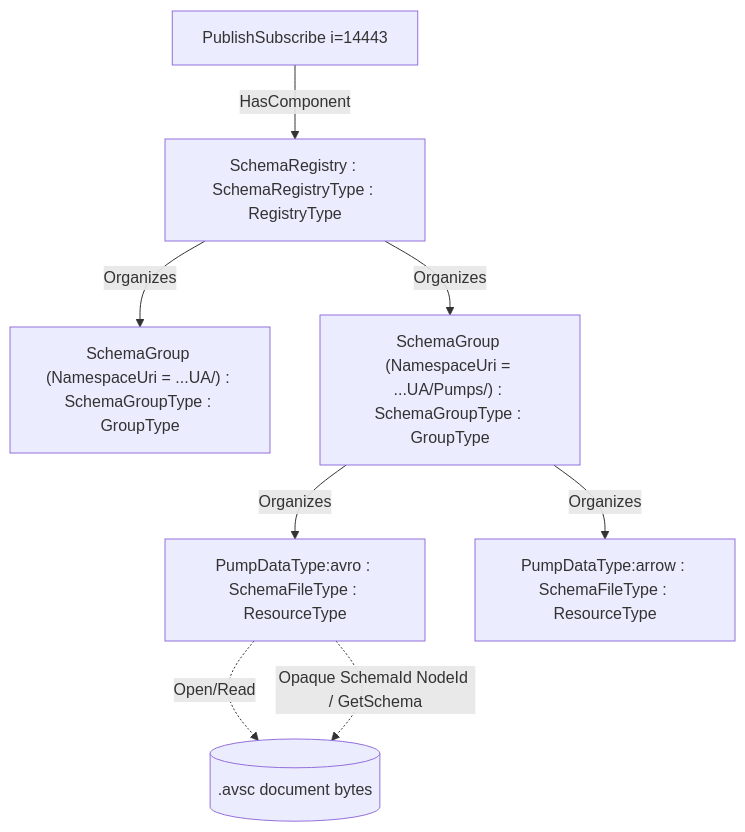
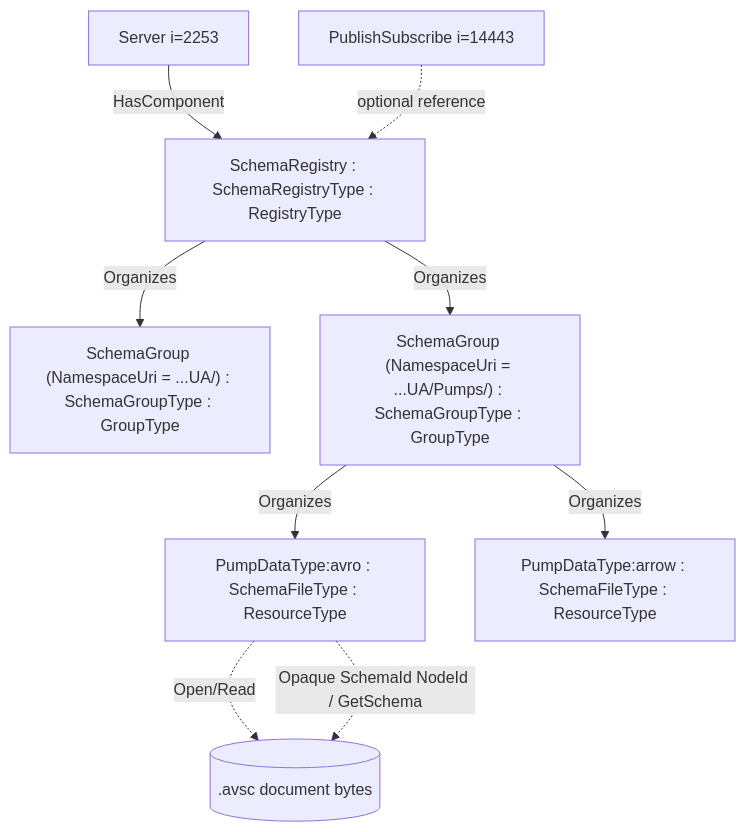
One commit to marcschier/opcua-drafts changed the diagram in core-specs/schema-registry/OPC-UA-Schema-Registry.md. Above: the diagram before and after it, drawn with Mermaid. The commit also changed other lines of this file and 7 other files, not shown here.

````diff
--- a/core-specs/schema-registry/OPC-UA-Schema-Registry.md
+++ b/core-specs/schema-registry/OPC-UA-Schema-Registry.md
@@ -71,10 +75,11 @@
 ```mermaid
 graph TD
-  PS[PublishSubscribe i=14443] -->|HasComponent| SR[SchemaRegistry : SchemaRegistryType : RegistryType]
+  SVR[Server i=2253] -->|HasComponent| SR[SchemaRegistry : SchemaRegistryType : RegistryType]
+  PS[PublishSubscribe i=14443] -.optional reference.-> SR
   SR -->|Organizes| G1["SchemaGroup (NamespaceUri = ...UA/) : SchemaGroupType : GroupType"]
   SR -->|Organizes| G2["SchemaGroup (NamespaceUri = ...UA/Pumps/) : SchemaGroupType : GroupType"]
   G2 -->|Organizes| S1["PumpDataType:avro : SchemaFileType : ResourceType"]
   G2 -->|Organizes| S2["PumpDataType:arrow : SchemaFileType : ResourceType"]
   S1 -.Open/Read.-> DOC[(.avsc document bytes)]
   S1 -.Opaque SchemaId NodeId / GetSchema.-> DOC
 ```
````
